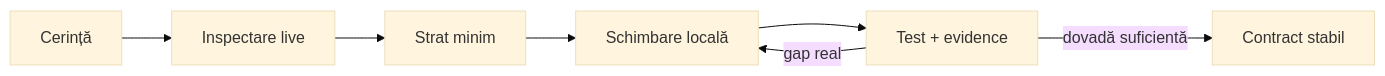
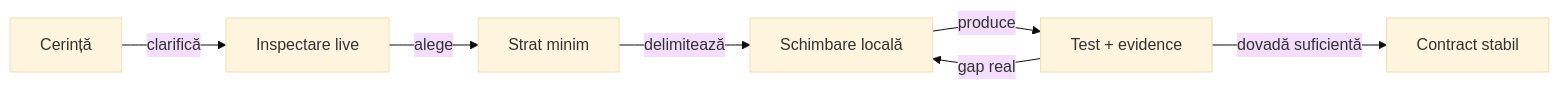
One commit to crististefanita/demo2 changed the fourth of 6 diagrams in README.md. Above: the diagram before and after it, drawn with Mermaid (base theme). The commit also changed other lines of this file and 102 other files, not shown here.

````diff
--- a/README.md
+++ b/README.md
@@ -190,13 +186,16 @@
 ```mermaid
 flowchart LR
     Need[Cerință]
     Inspect[Inspectare live]
     Layer[Strat minim]
     Change[Schimbare locală]
     Verify[Test + evidence]
     Harden[Contract stabil]
 
-    Need --> Inspect --> Layer --> Change --> Verify
+    Need -->|clarifică| Inspect
+    Inspect -->|alege| Layer
+    Layer -->|delimitează| Change
+    Change -->|produce| Verify
     Verify -->|gap real| Change
     Verify -->|dovadă suficientă| Harden
 ```
````
